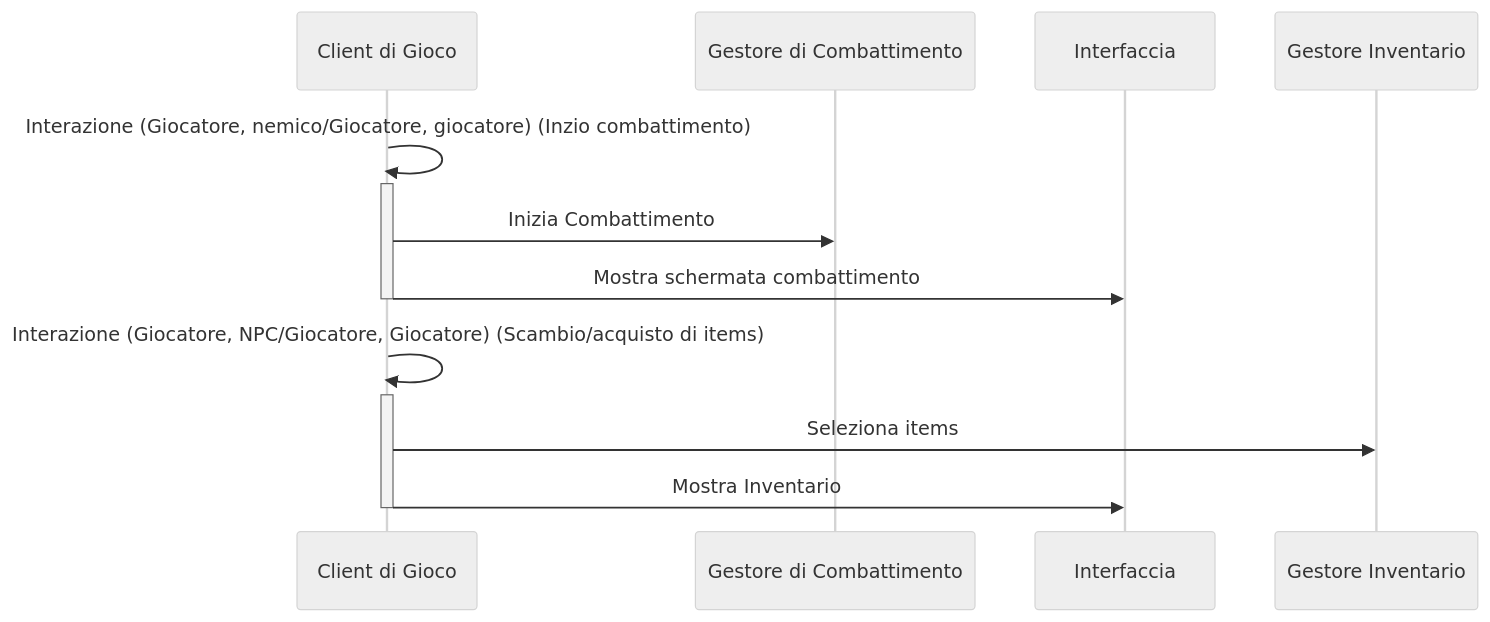
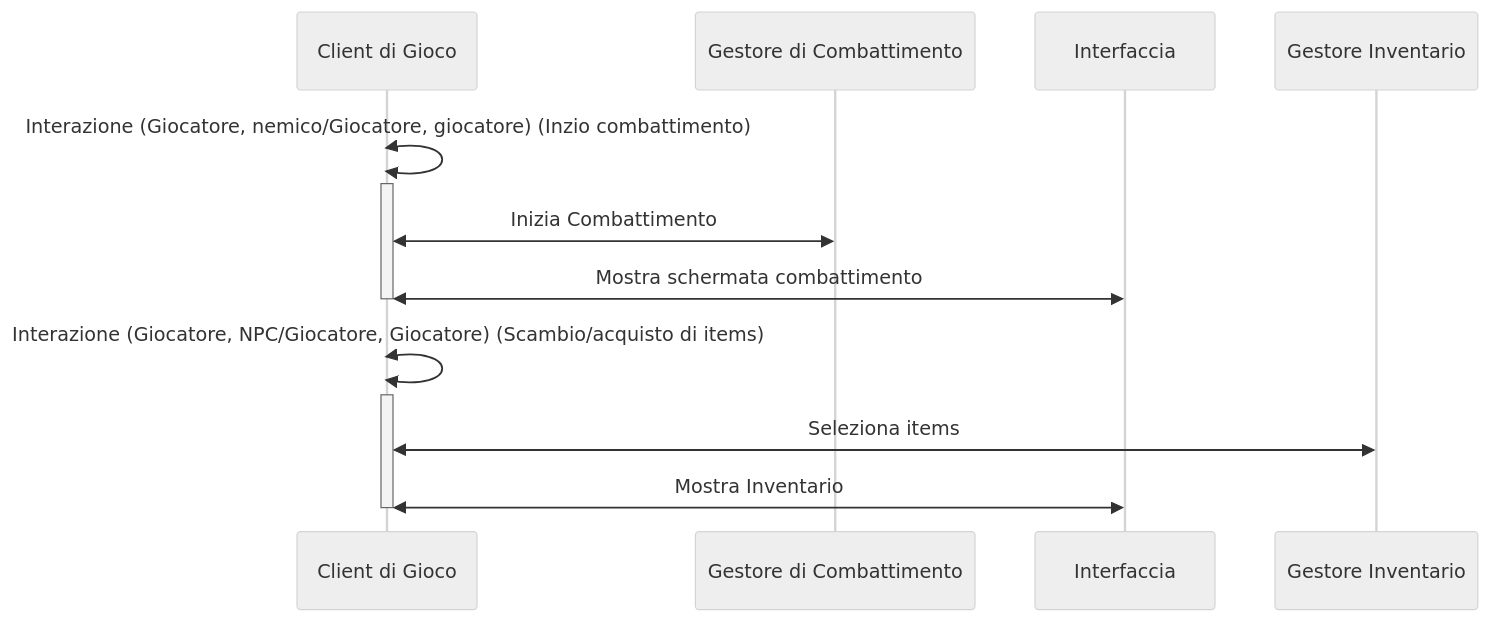
Before and after one commit to RemiLunIsora/SdTI: the second of 4 diagrams in docs/diagrams.md, drawn with Mermaid (neutral theme). The commit also changed 3 other files, not shown here.

First line of the commit message:
diagrammi

````diff
--- a/docs/diagrams.md
+++ b/docs/diagrams.md
@@ -17,15 +17,15 @@
 ``` mermaid
 sequenceDiagram
- Client di Gioco->>Client di Gioco: Interazione (Giocatore, nemico/Giocatore, giocatore) (Inzio combattimento)
+ Client di Gioco<<->>Client di Gioco: Interazione (Giocatore, nemico/Giocatore, giocatore) (Inzio combattimento)
  activate Client di Gioco
- Client di Gioco->>Gestore di Combattimento: Inizia Combattimento
+ Client di Gioco<<->>Gestore di Combattimento: Inizia Combattimento
  activate Gestore di Combattimento
- Client di Gioco->>Interfaccia: Mostra schermata combattimento
+ Client di Gioco<<->>Interfaccia: Mostra schermata combattimento
 deactivate Client di Gioco
-Client di Gioco->>Client di Gioco: Interazione (Giocatore, NPC/Giocatore, Giocatore) (Scambio/acquisto di items)
+Client di Gioco<<->>Client di Gioco: Interazione (Giocatore, NPC/Giocatore, Giocatore) (Scambio/acquisto di items)
 activate Client di Gioco
-Client di Gioco->>Gestore Inventario: Seleziona items
+Client di Gioco<<->>Gestore Inventario: Seleziona items
 activate Gestore Inventario
-Client di Gioco->>Interfaccia: Mostra Inventario 
+Client di Gioco<<->>Interfaccia: Mostra Inventario
 deactivate Client di Gioco
 ```
````
